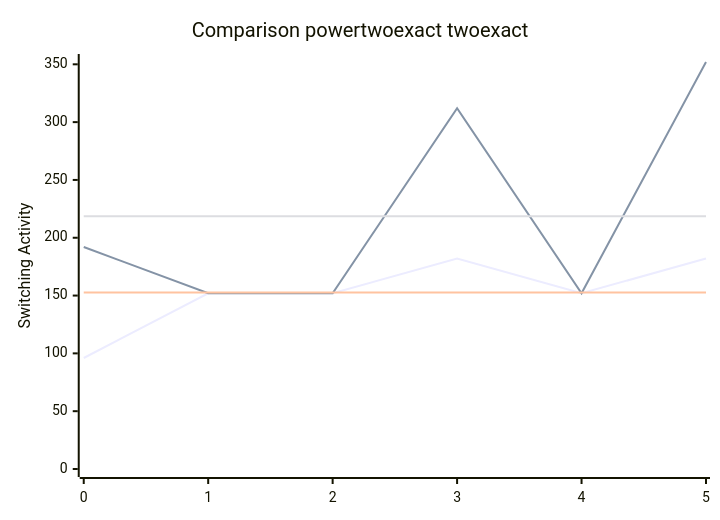
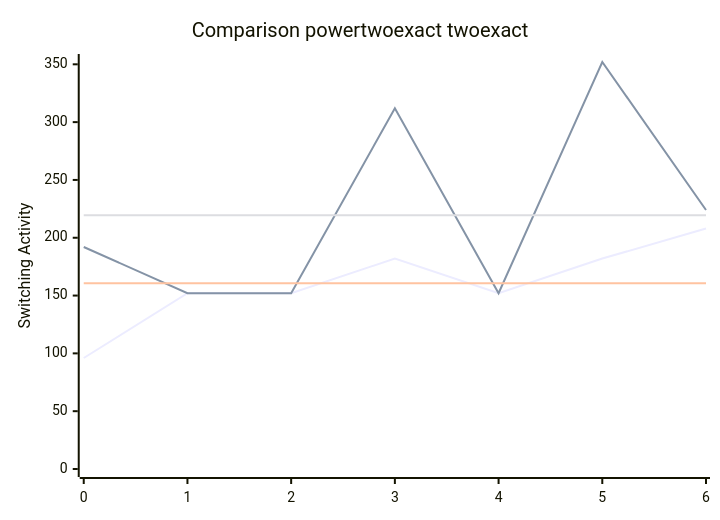
The diagram in benchmark.md (FeldmeierMichael/Exact-Power-Synthesis), drawn with Mermaid before and after one commit. The commit also changed other lines of this file and 2 other files, not shown here.

````diff
--- a/benchmark.md
+++ b/benchmark.md
@@ -11,10 +11,10 @@
 ```mermaid
 xychart-beta
     title "Comparison powertwoexact twoexact"
-    x-axis [0, 1, 2, 3, 4, 5]
+    x-axis [0, 1, 2, 3, 4, 5, 6]
     y-axis "Switching Activity" 0-->352
-    line [96, 152, 152, 182, 152, 182]
-    line [192, 152, 152, 312, 152, 352]
-    line [152.66666666666666, 152.66666666666666, 152.66666666666666, 152.66666666666666, 152.66666666666666, 152.66666666666666]
-    line [218.66666666666666, 218.66666666666666, 218.66666666666666, 218.66666666666666, 218.66666666666666, 218.66666666666666]
+    line [96, 152, 152, 182, 152, 182, 208]
+    line [192, 152, 152, 312, 152, 352, 224]
+    line [160.57142857142858, 160.57142857142858, 160.57142857142858, 160.57142857142858, 160.57142857142858, 160.57142857142858, 160.57142857142858]
+    line [219.42857142857142, 219.42857142857142, 219.42857142857142, 219.42857142857142, 219.42857142857142, 219.42857142857142, 219.42857142857142]
 ```
````
